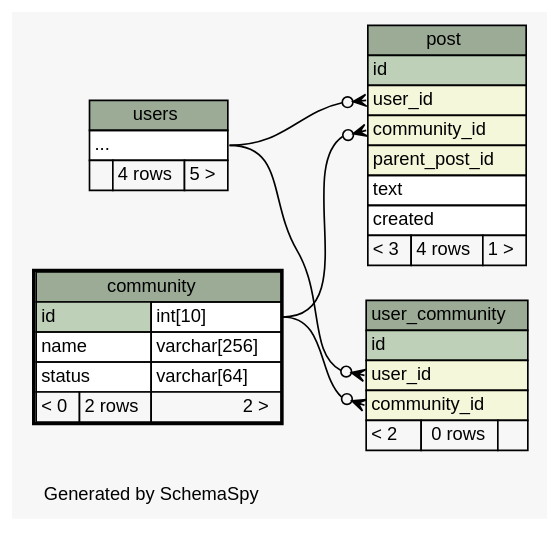
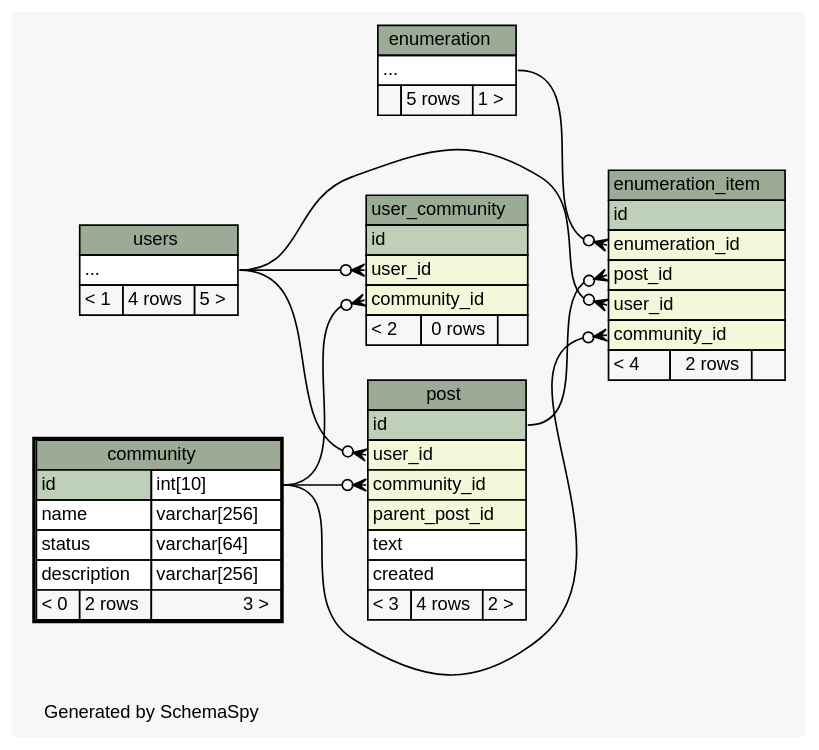
Before and after one commit to chr-krenn/chr-krenn-fhj-ws2017-sd17-pse: the diagram in doc/db_schema/diagrams/community.2degrees.dot, drawn with Graphviz. The commit also changed 60 other files, not shown here.

```diff
--- a/doc/db_schema/diagrams/community.2degrees.dot
+++ b/doc/db_schema/diagrams/community.2degrees.dot
@@ -1,75 +1,104 @@
 // dot 2.40.1 on Linux 4.12.5-300.fc26.x86_64
 // SchemaSpy rev 590
 digraph "twoDegreesRelationshipsDiagram" {
   graph [
     rankdir="RL"
     bgcolor="#f7f7f7"
     label="\nGenerated by SchemaSpy"
     labeljust="l"
     nodesep="0.18"
     ranksep="0.46"
     fontname="Helvetica"
     fontsize="11"
   ];
   node [
     fontname="Helvetica"
     fontsize="11"
     shape="plaintext"
   ];
   edge [
     arrowsize="0.8"
   ];
+  "enumeration_item":"community_id":w -> "community":"id.type":e [arrowhead=none dir=back arrowtail=crowodot];
+  "enumeration_item":"enumeration_id":w -> "enumeration":"elipses":e [arrowhead=none dir=back arrowtail=crowodot];
+  "enumeration_item":"post_id":w -> "post":"id":e [arrowhead=none dir=back arrowtail=crowodot];
+  "enumeration_item":"user_id":w -> "users":"elipses":e [arrowhead=none dir=back arrowtail=crowodot];
   "post":"community_id":w -> "community":"id.type":e [arrowhead=none dir=back arrowtail=crowodot];
   "post":"user_id":w -> "users":"elipses":e [arrowhead=none dir=back arrowtail=crowodot];
   "user_community":"community_id":w -> "community":"id.type":e [arrowhead=none dir=back arrowtail=crowodot];
   "user_community":"user_id":w -> "users":"elipses":e [arrowhead=none dir=back arrowtail=crowodot];
   "community" [
     label=<
     <TABLE BORDER="2" CELLBORDER="1" CELLSPACING="0" BGCOLOR="#ffffff">
       <TR><TD COLSPAN="3" BGCOLOR="#9bab96" ALIGN="CENTER">community</TD></TR>
       <TR><TD PORT="id" COLSPAN="2" BGCOLOR="#bed1b8" ALIGN="LEFT">id</TD><TD PORT="id.type" ALIGN="LEFT">int[10]</TD></TR>
       <TR><TD PORT="name" COLSPAN="2" ALIGN="LEFT">name</TD><TD PORT="name.type" ALIGN="LEFT">varchar[256]</TD></TR>
       <TR><TD PORT="status" COLSPAN="2" ALIGN="LEFT">status</TD><TD PORT="status.type" ALIGN="LEFT">varchar[64]</TD></TR>
-      <TR><TD ALIGN="LEFT" BGCOLOR="#f7f7f7">&lt; 0</TD><TD ALIGN="RIGHT" BGCOLOR="#f7f7f7">2 rows</TD><TD ALIGN="RIGHT" BGCOLOR="#f7f7f7">2 &gt;</TD></TR>
+      <TR><TD PORT="description" COLSPAN="2" ALIGN="LEFT">description</TD><TD PORT="description.type" ALIGN="LEFT">varchar[256]</TD></TR>
+      <TR><TD ALIGN="LEFT" BGCOLOR="#f7f7f7">&lt; 0</TD><TD ALIGN="RIGHT" BGCOLOR="#f7f7f7">2 rows</TD><TD ALIGN="RIGHT" BGCOLOR="#f7f7f7">3 &gt;</TD></TR>
     </TABLE>>
     URL="community.html"
     tooltip="community"
+  ];
+  "enumeration" [
+    label=<
+    <TABLE BORDER="0" CELLBORDER="1" CELLSPACING="0" BGCOLOR="#ffffff">
+      <TR><TD COLSPAN="3" BGCOLOR="#9bab96" ALIGN="CENTER">enumeration</TD></TR>
+      <TR><TD PORT="elipses" COLSPAN="3" ALIGN="LEFT">...</TD></TR>
+      <TR><TD ALIGN="LEFT" BGCOLOR="#f7f7f7">  </TD><TD ALIGN="RIGHT" BGCOLOR="#f7f7f7">5 rows</TD><TD ALIGN="RIGHT" BGCOLOR="#f7f7f7">1 &gt;</TD></TR>
+    </TABLE>>
+    URL="enumeration.html"
+    tooltip="enumeration"
+  ];
+  "enumeration_item" [
+    label=<
+    <TABLE BORDER="0" CELLBORDER="1" CELLSPACING="0" BGCOLOR="#ffffff">
+      <TR><TD COLSPAN="3" BGCOLOR="#9bab96" ALIGN="CENTER">enumeration_item</TD></TR>
+      <TR><TD PORT="id" COLSPAN="3" BGCOLOR="#bed1b8" ALIGN="LEFT">id</TD></TR>
+      <TR><TD PORT="enumeration_id" COLSPAN="3" BGCOLOR="#f4f7da" ALIGN="LEFT">enumeration_id</TD></TR>
+      <TR><TD PORT="post_id" COLSPAN="3" BGCOLOR="#f4f7da" ALIGN="LEFT">post_id</TD></TR>
+      <TR><TD PORT="user_id" COLSPAN="3" BGCOLOR="#f4f7da" ALIGN="LEFT">user_id</TD></TR>
+      <TR><TD PORT="community_id" COLSPAN="3" BGCOLOR="#f4f7da" ALIGN="LEFT">community_id</TD></TR>
+      <TR><TD ALIGN="LEFT" BGCOLOR="#f7f7f7">&lt; 4</TD><TD ALIGN="RIGHT" BGCOLOR="#f7f7f7">2 rows</TD><TD ALIGN="RIGHT" BGCOLOR="#f7f7f7">  </TD></TR>
+    </TABLE>>
+    URL="enumeration_item.html"
+    tooltip="enumeration_item"
   ];
   "post" [
     label=<
     <TABLE BORDER="0" CELLBORDER="1" CELLSPACING="0" BGCOLOR="#ffffff">
       <TR><TD COLSPAN="3" BGCOLOR="#9bab96" ALIGN="CENTER">post</TD></TR>
       <TR><TD PORT="id" COLSPAN="3" BGCOLOR="#bed1b8" ALIGN="LEFT">id</TD></TR>
       <TR><TD PORT="user_id" COLSPAN="3" BGCOLOR="#f4f7da" ALIGN="LEFT">user_id</TD></TR>
       <TR><TD PORT="community_id" COLSPAN="3" BGCOLOR="#f4f7da" ALIGN="LEFT">community_id</TD></TR>
       <TR><TD PORT="parent_post_id" COLSPAN="3" BGCOLOR="#f4f7da" ALIGN="LEFT">parent_post_id</TD></TR>
       <TR><TD PORT="text" COLSPAN="3" ALIGN="LEFT">text</TD></TR>
       <TR><TD PORT="created" COLSPAN="3" ALIGN="LEFT">created</TD></TR>
-      <TR><TD ALIGN="LEFT" BGCOLOR="#f7f7f7">&lt; 3</TD><TD ALIGN="RIGHT" BGCOLOR="#f7f7f7">4 rows</TD><TD ALIGN="RIGHT" BGCOLOR="#f7f7f7">1 &gt;</TD></TR>
+      <TR><TD ALIGN="LEFT" BGCOLOR="#f7f7f7">&lt; 3</TD><TD ALIGN="RIGHT" BGCOLOR="#f7f7f7">4 rows</TD><TD ALIGN="RIGHT" BGCOLOR="#f7f7f7">2 &gt;</TD></TR>
     </TABLE>>
     URL="post.html"
     tooltip="post"
   ];
   "user_community" [
     label=<
     <TABLE BORDER="0" CELLBORDER="1" CELLSPACING="0" BGCOLOR="#ffffff">
       <TR><TD COLSPAN="3" BGCOLOR="#9bab96" ALIGN="CENTER">user_community</TD></TR>
       <TR><TD PORT="id" COLSPAN="3" BGCOLOR="#bed1b8" ALIGN="LEFT">id</TD></TR>
       <TR><TD PORT="user_id" COLSPAN="3" BGCOLOR="#f4f7da" ALIGN="LEFT">user_id</TD></TR>
       <TR><TD PORT="community_id" COLSPAN="3" BGCOLOR="#f4f7da" ALIGN="LEFT">community_id</TD></TR>
       <TR><TD ALIGN="LEFT" BGCOLOR="#f7f7f7">&lt; 2</TD><TD ALIGN="RIGHT" BGCOLOR="#f7f7f7">0 rows</TD><TD ALIGN="RIGHT" BGCOLOR="#f7f7f7">  </TD></TR>
     </TABLE>>
     URL="user_community.html"
     tooltip="user_community"
   ];
   "users" [
     label=<
     <TABLE BORDER="0" CELLBORDER="1" CELLSPACING="0" BGCOLOR="#ffffff">
       <TR><TD COLSPAN="3" BGCOLOR="#9bab96" ALIGN="CENTER">users</TD></TR>
       <TR><TD PORT="elipses" COLSPAN="3" ALIGN="LEFT">...</TD></TR>
-      <TR><TD ALIGN="LEFT" BGCOLOR="#f7f7f7">  </TD><TD ALIGN="RIGHT" BGCOLOR="#f7f7f7">4 rows</TD><TD ALIGN="RIGHT" BGCOLOR="#f7f7f7">5 &gt;</TD></TR>
+      <TR><TD ALIGN="LEFT" BGCOLOR="#f7f7f7">&lt; 1</TD><TD ALIGN="RIGHT" BGCOLOR="#f7f7f7">4 rows</TD><TD ALIGN="RIGHT" BGCOLOR="#f7f7f7">5 &gt;</TD></TR>
     </TABLE>>
     URL="users.html"
     tooltip="users"
   ];
 }
```
